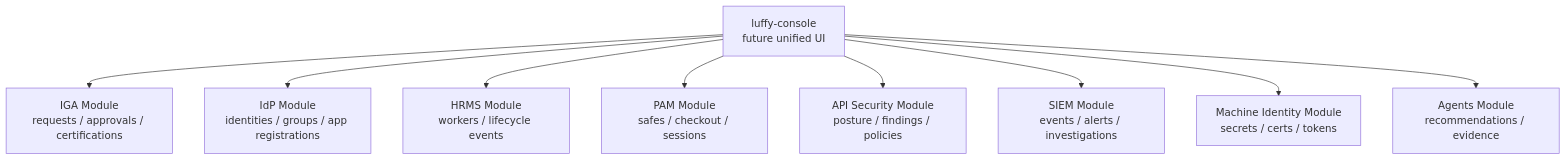
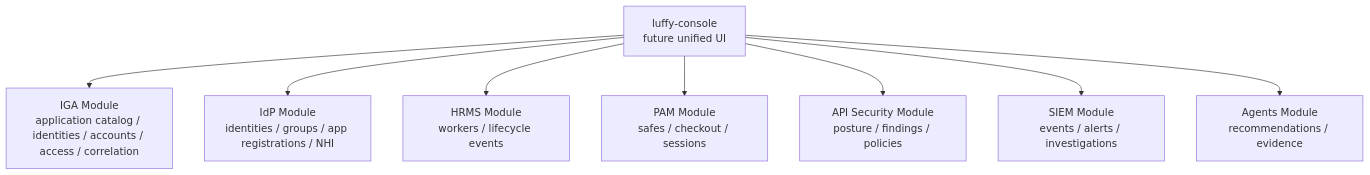
The seventh of 8 diagrams in docs/diagrams.md (i-m-rish/luffy), drawn with Mermaid before and after one commit. The commit also changed other lines of this file, not shown here.

Commit message:
Update global diagrams with IGA foundation flow

````diff
--- a/docs/diagrams.md
+++ b/docs/diagrams.md
@@ -190,22 +216,20 @@
 ```mermaid
 flowchart TD
     CONSOLE[luffy-console<br/>future unified UI]
 
-    IGA_UI[IGA Module<br/>requests / approvals / certifications]
-    IDP_UI[IdP Module<br/>identities / groups / app registrations]
+    IGA_UI[IGA Module<br/>application catalog / identities / accounts / access / correlation]
+    IDP_UI[IdP Module<br/>identities / groups / app registrations / NHI]
     HRMS_UI[HRMS Module<br/>workers / lifecycle events]
     PAM_UI[PAM Module<br/>safes / checkout / sessions]
     API_UI[API Security Module<br/>posture / findings / policies]
     SIEM_UI[SIEM Module<br/>events / alerts / investigations]
-    NHI_UI[Machine Identity Module<br/>secrets / certs / tokens]
     AGENT_UI[Agents Module<br/>recommendations / evidence]
 
     CONSOLE --> IGA_UI
     CONSOLE --> IDP_UI
     CONSOLE --> HRMS_UI
     CONSOLE --> PAM_UI
     CONSOLE --> API_UI
     CONSOLE --> SIEM_UI
-    CONSOLE --> NHI_UI
     CONSOLE --> AGENT_UI
 ```
````
